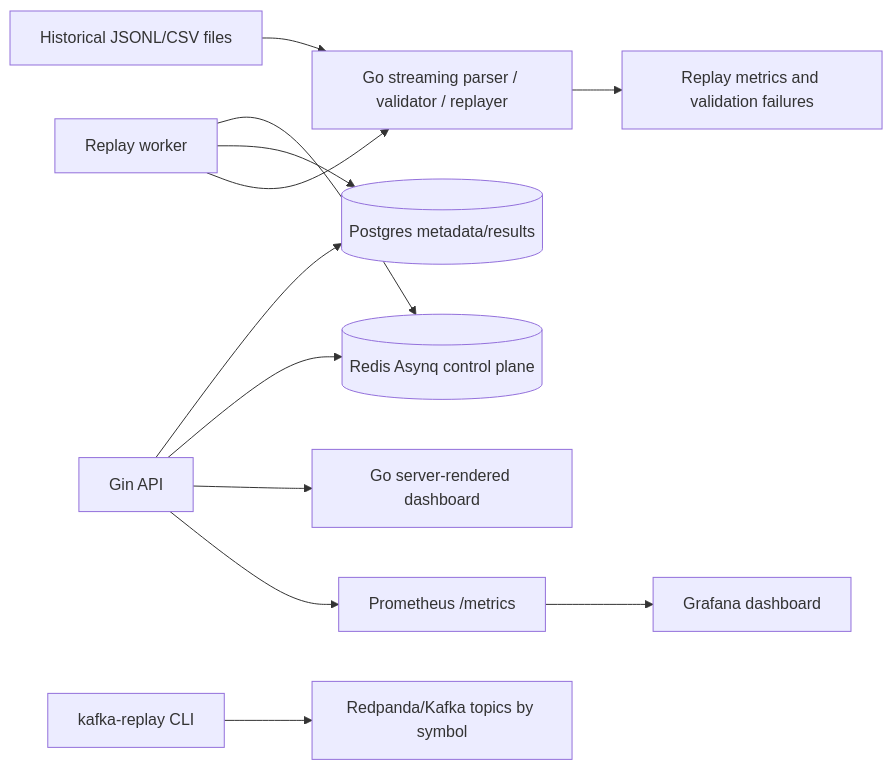
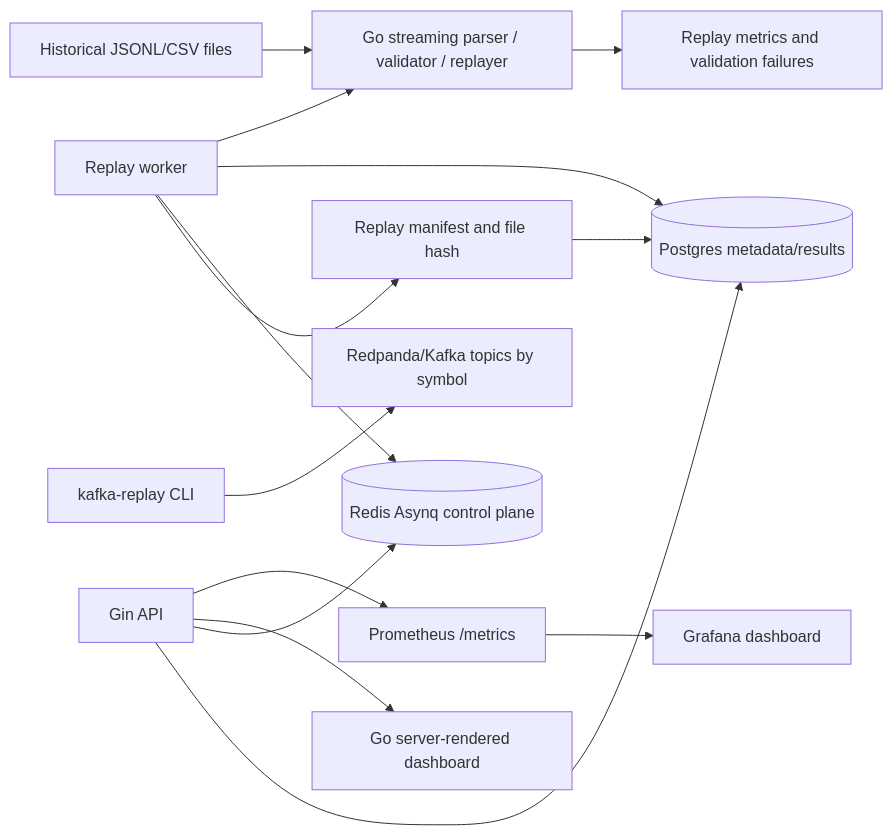
One commit to OrrinChen/market-replay changed the diagram in docs/ARCHITECTURE.md. Above: the diagram before and after it, drawn with Mermaid. The commit also changed other lines of this file and 30 other files, not shown here.

````diff
--- a/docs/ARCHITECTURE.md
+++ b/docs/ARCHITECTURE.md
@@ -26,14 +27,16 @@
 ```mermaid
 flowchart LR
     File["Historical JSONL/CSV files"] --> Core["Go streaming parser / validator / replayer"]
     Core --> Metrics["Replay metrics and validation failures"]
+    Worker --> Manifest["Replay manifest and file hash"]
+    Manifest --> Postgres
     API["Gin API"] --> Postgres[("Postgres metadata/results")]
     API --> Redis[("Redis Asynq control plane")]
     Worker["Replay worker"] --> Redis
     Worker --> Postgres
     Worker --> Core
     KafkaCLI["kafka-replay CLI"] --> Kafka["Redpanda/Kafka topics by symbol"]
     API --> Dashboard["Go server-rendered dashboard"]
     API --> Prometheus["Prometheus /metrics"]
     Prometheus --> Grafana["Grafana dashboard"]
 ```
````
